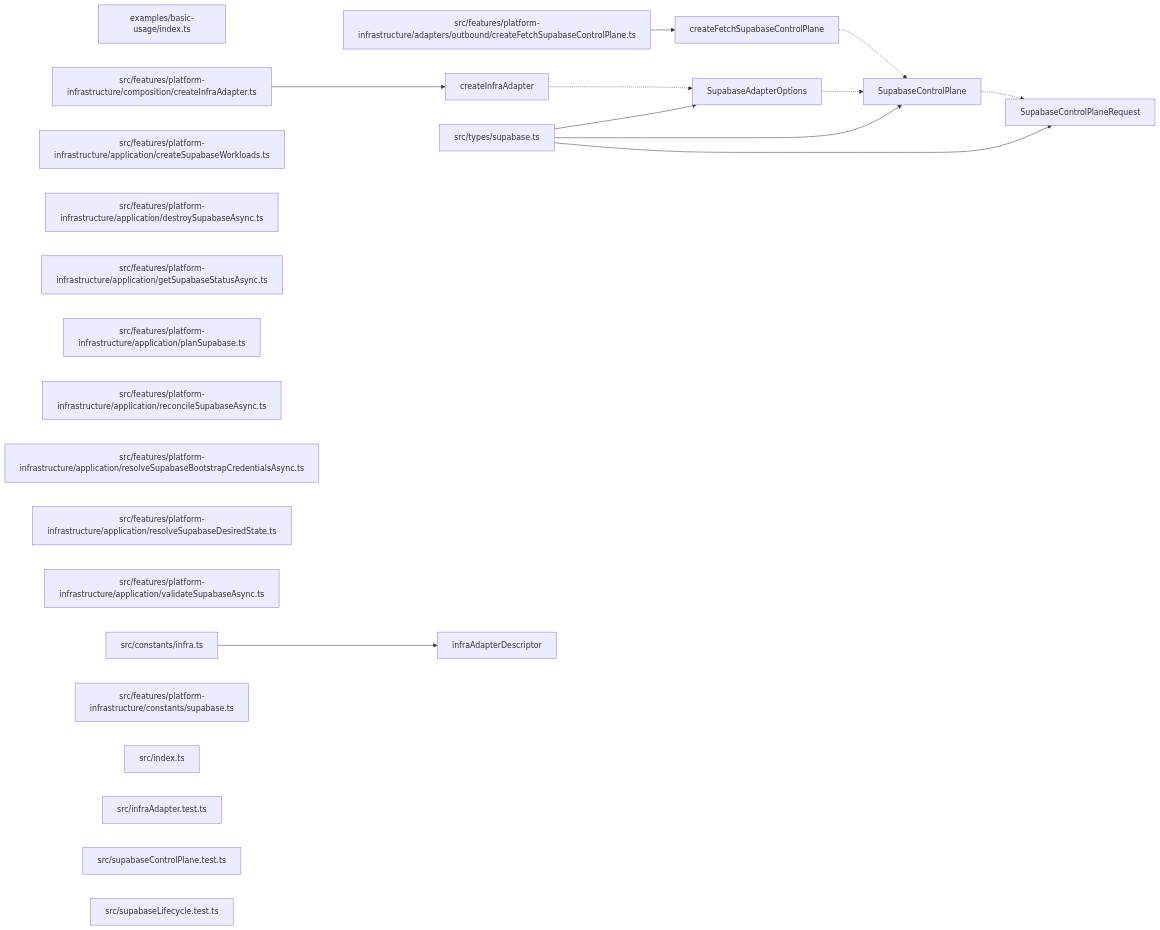
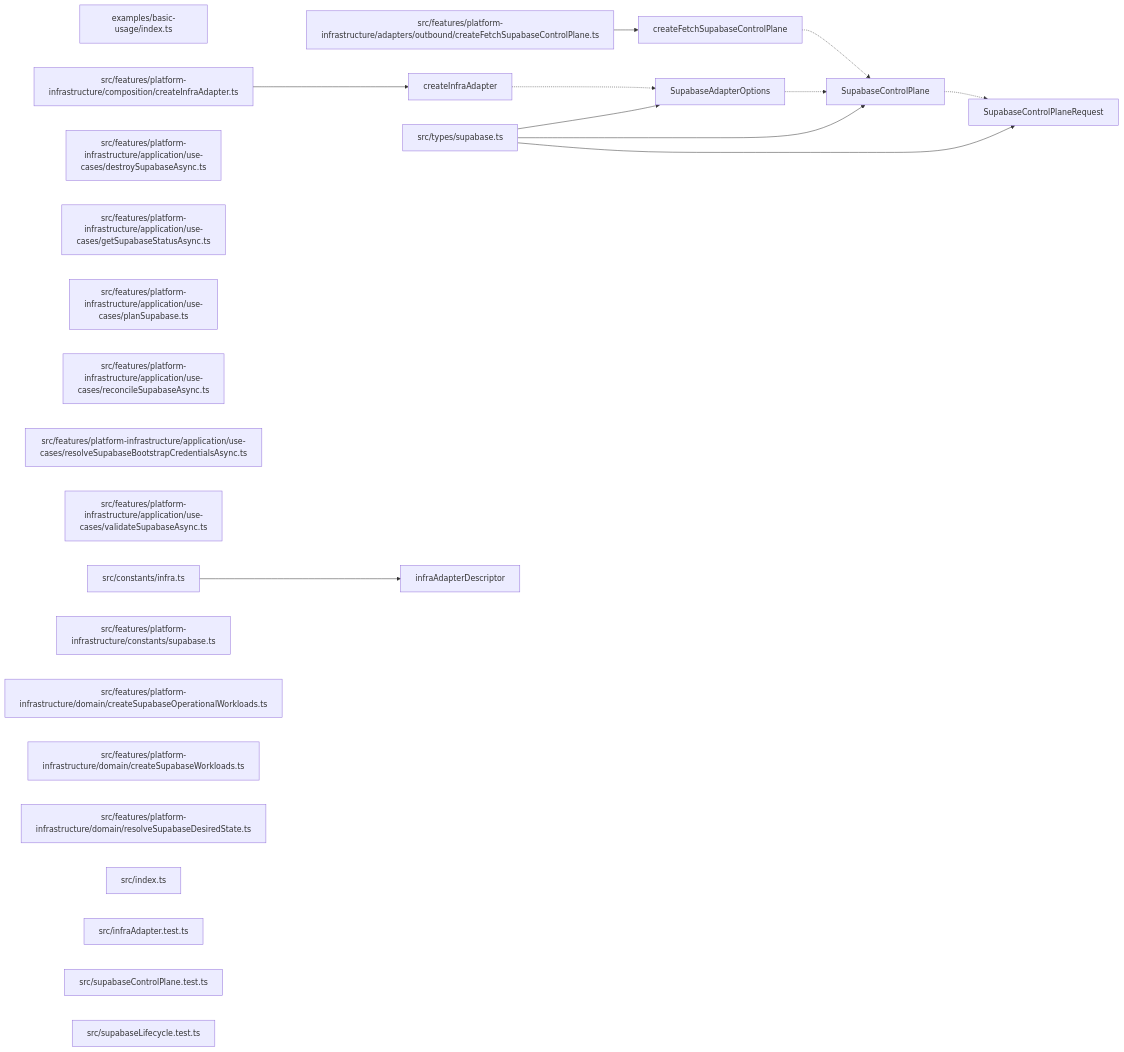
Before and after one commit to ankhorage/supabase: the diagram in paradox/diagrams/export-graph.mmd, drawn with Mermaid. The commit also changed 20 other files, not shown here.

```diff
--- a/paradox/diagrams/export-graph.mmd
+++ b/paradox/diagrams/export-graph.mmd
@@ -1,35 +1,36 @@
 graph LR
   module_examples_basic_usage_index_ts["examples/basic-usage/index.ts"]
   module_src_constants_infra_ts["src/constants/infra.ts"]
   module_src_features_platform_infrastructure_adapters_outbound_createFetchSupabaseControlPlane_ts["src/features/platform-infrastructure/adapters/outbound/createFetchSupabaseControlPlane.ts"]
-  module_src_features_platform_infrastructure_application_createSupabaseWorkloads_ts["src/features/platform-infrastructure/application/createSupabaseWorkloads.ts"]
-  module_src_features_platform_infrastructure_application_destroySupabaseAsync_ts["src/features/platform-infrastructure/application/destroySupabaseAsync.ts"]
-  module_src_features_platform_infrastructure_application_getSupabaseStatusAsync_ts["src/features/platform-infrastructure/application/getSupabaseStatusAsync.ts"]
-  module_src_features_platform_infrastructure_application_planSupabase_ts["src/features/platform-infrastructure/application/planSupabase.ts"]
-  module_src_features_platform_infrastructure_application_reconcileSupabaseAsync_ts["src/features/platform-infrastructure/application/reconcileSupabaseAsync.ts"]
-  module_src_features_platform_infrastructure_application_resolveSupabaseBootstrapCredentialsAsync_ts["src/features/platform-infrastructure/application/resolveSupabaseBootstrapCredentialsAsync.ts"]
-  module_src_features_platform_infrastructure_application_resolveSupabaseDesiredState_ts["src/features/platform-infrastructure/application/resolveSupabaseDesiredState.ts"]
-  module_src_features_platform_infrastructure_application_validateSupabaseAsync_ts["src/features/platform-infrastructure/application/validateSupabaseAsync.ts"]
+  module_src_features_platform_infrastructure_application_use_cases_destroySupabaseAsync_ts["src/features/platform-infrastructure/application/use-cases/destroySupabaseAsync.ts"]
+  module_src_features_platform_infrastructure_application_use_cases_getSupabaseStatusAsync_ts["src/features/platform-infrastructure/application/use-cases/getSupabaseStatusAsync.ts"]
+  module_src_features_platform_infrastructure_application_use_cases_planSupabase_ts["src/features/platform-infrastructure/application/use-cases/planSupabase.ts"]
+  module_src_features_platform_infrastructure_application_use_cases_reconcileSupabaseAsync_ts["src/features/platform-infrastructure/application/use-cases/reconcileSupabaseAsync.ts"]
+  module_src_features_platform_infrastructure_application_use_cases_resolveSupabaseBootstrapCredentialsAsync_ts["src/features/platform-infrastructure/application/use-cases/resolveSupabaseBootstrapCredentialsAsync.ts"]
+  module_src_features_platform_infrastructure_application_use_cases_validateSupabaseAsync_ts["src/features/platform-infrastructure/application/use-cases/validateSupabaseAsync.ts"]
   module_src_features_platform_infrastructure_composition_createInfraAdapter_ts["src/features/platform-infrastructure/composition/createInfraAdapter.ts"]
   module_src_features_platform_infrastructure_constants_supabase_ts["src/features/platform-infrastructure/constants/supabase.ts"]
+  module_src_features_platform_infrastructure_domain_createSupabaseOperationalWorkloads_ts["src/features/platform-infrastructure/domain/createSupabaseOperationalWorkloads.ts"]
+  module_src_features_platform_infrastructure_domain_createSupabaseWorkloads_ts["src/features/platform-infrastructure/domain/createSupabaseWorkloads.ts"]
+  module_src_features_platform_infrastructure_domain_resolveSupabaseDesiredState_ts["src/features/platform-infrastructure/domain/resolveSupabaseDesiredState.ts"]
   module_src_index_ts["src/index.ts"]
   module_src_infraAdapter_test_ts["src/infraAdapter.test.ts"]
   module_src_supabaseControlPlane_test_ts["src/supabaseControlPlane.test.ts"]
   module_src_supabaseLifecycle_test_ts["src/supabaseLifecycle.test.ts"]
   module_src_types_supabase_ts["src/types/supabase.ts"]
   export_createFetchSupabaseControlPlane["createFetchSupabaseControlPlane"]
   module_src_features_platform_infrastructure_adapters_outbound_createFetchSupabaseControlPlane_ts --> export_createFetchSupabaseControlPlane
   export_createFetchSupabaseControlPlane -.-> export_SupabaseControlPlane
   export_createInfraAdapter["createInfraAdapter"]
   module_src_features_platform_infrastructure_composition_createInfraAdapter_ts --> export_createInfraAdapter
   export_createInfraAdapter -.-> export_SupabaseAdapterOptions
   export_infraAdapterDescriptor["infraAdapterDescriptor"]
   module_src_constants_infra_ts --> export_infraAdapterDescriptor
   export_SupabaseAdapterOptions["SupabaseAdapterOptions"]
   module_src_types_supabase_ts --> export_SupabaseAdapterOptions
   export_SupabaseAdapterOptions -.-> export_SupabaseControlPlane
   export_SupabaseControlPlane["SupabaseControlPlane"]
   module_src_types_supabase_ts --> export_SupabaseControlPlane
   export_SupabaseControlPlane -.-> export_SupabaseControlPlaneRequest
   export_SupabaseControlPlaneRequest["SupabaseControlPlaneRequest"]
   module_src_types_supabase_ts --> export_SupabaseControlPlaneRequest
```
